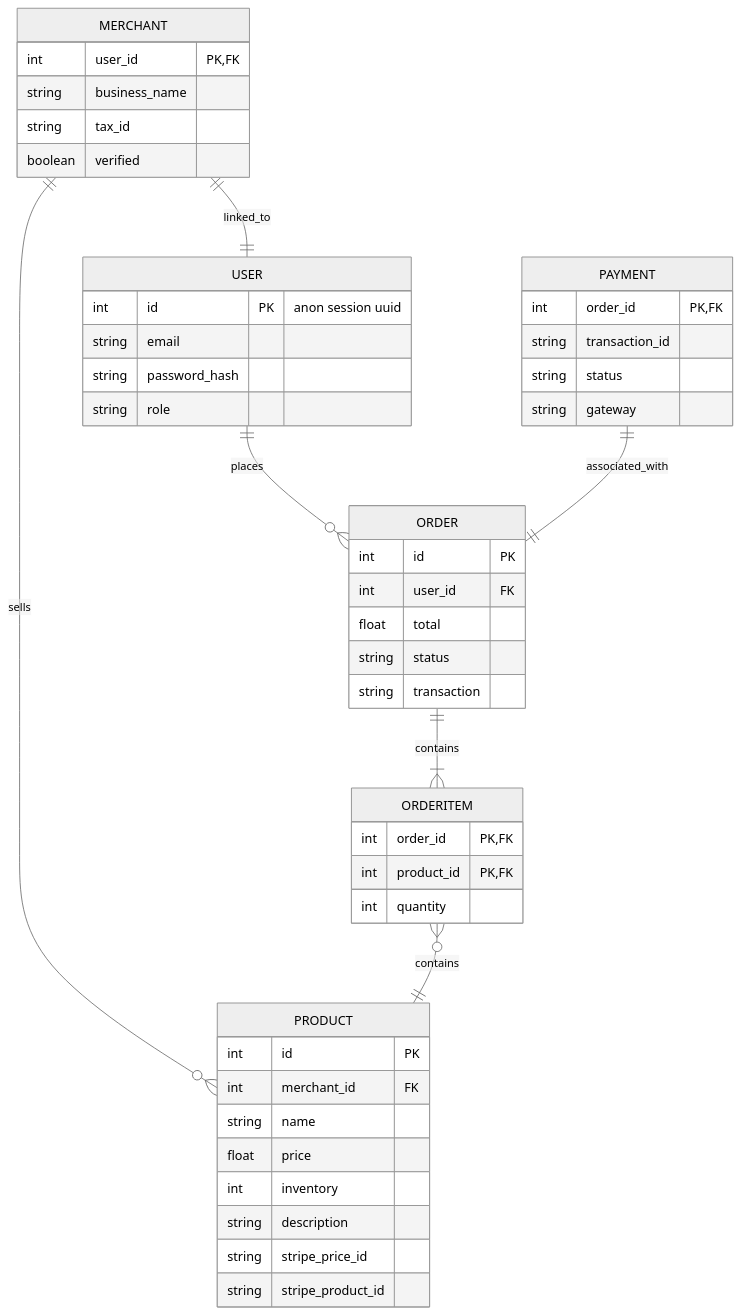
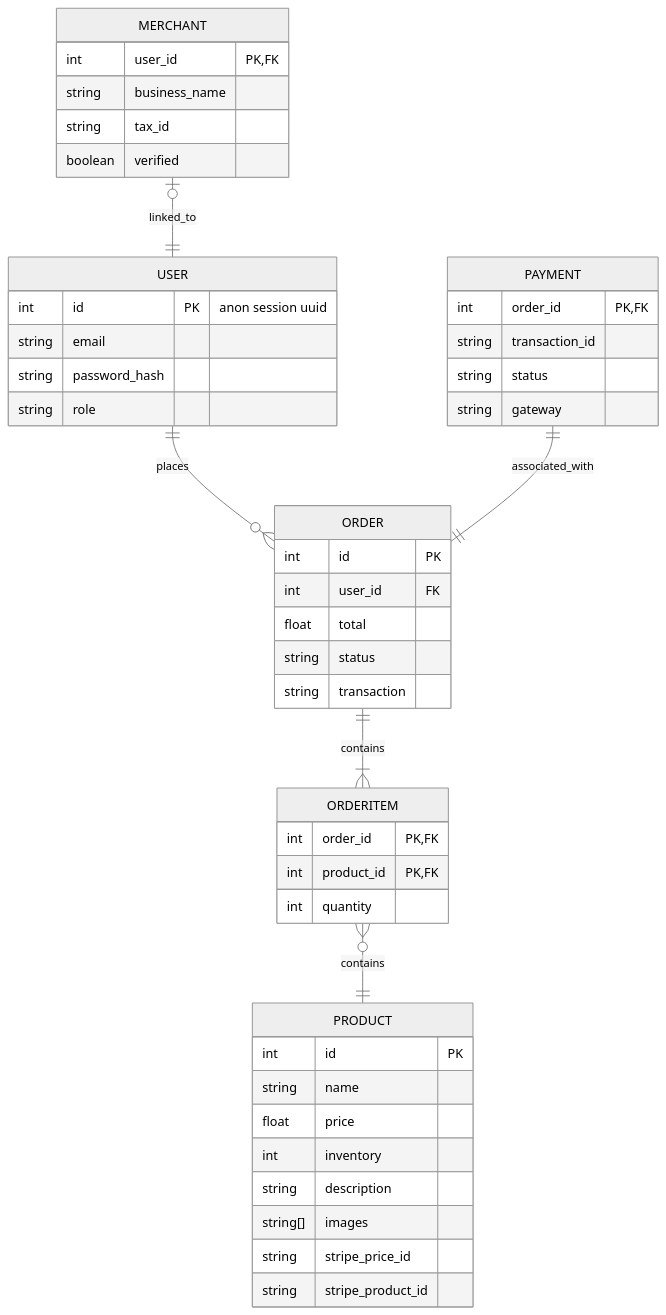
One commit to CS464-ECOMMERCE/ecommerce-app changed the diagram in erDiagram.mmd. Above: the diagram before and after it, drawn with Mermaid (neutral theme).

Commit message:
update erdiagram

```diff
--- a/erDiagram.mmd
+++ b/erDiagram.mmd
@@ -1,54 +1,55 @@
  erDiagram
         USER ||--o{ ORDER : places
         USER {
             int id PK "anon session uuid"
             string email
             string password_hash
             string role
         }
 
-        MERCHANT ||--o{ PRODUCT : sells
-        MERCHANT ||--|| USER : linked_to
+        %% MERCHANT ||--o{ PRODUCT : sells
+        MERCHANT |o--|| USER : linked_to
         MERCHANT {
             int user_id PK, FK  
             string business_name
             string tax_id
             boolean verified
         }
 
         %% PRODUCT ||--o{ REVIEW : reviewed_by
         ORDER ||--|{ ORDERITEM : contains
         PRODUCT {
             int id PK
-            int merchant_id FK
+            %% int merchant_id FK
             %% int category_id FK
             string name
             float price
             int inventory
             string description
+            string[] images
             string stripe_price_id
             string stripe_product_id
         }
         
         ORDER {
             int id PK
             int user_id FK
             float total
             string status
             string transaction
         }
 
         ORDERITEM }o--|| PRODUCT: contains
         ORDERITEM {
             int order_id PK, FK
             int product_id PK, FK
             int quantity
         }
 
         PAYMENT ||--|| ORDER : associated_with
         PAYMENT {
             int order_id PK, FK
             string transaction_id
             string status
             string gateway
         }
```
